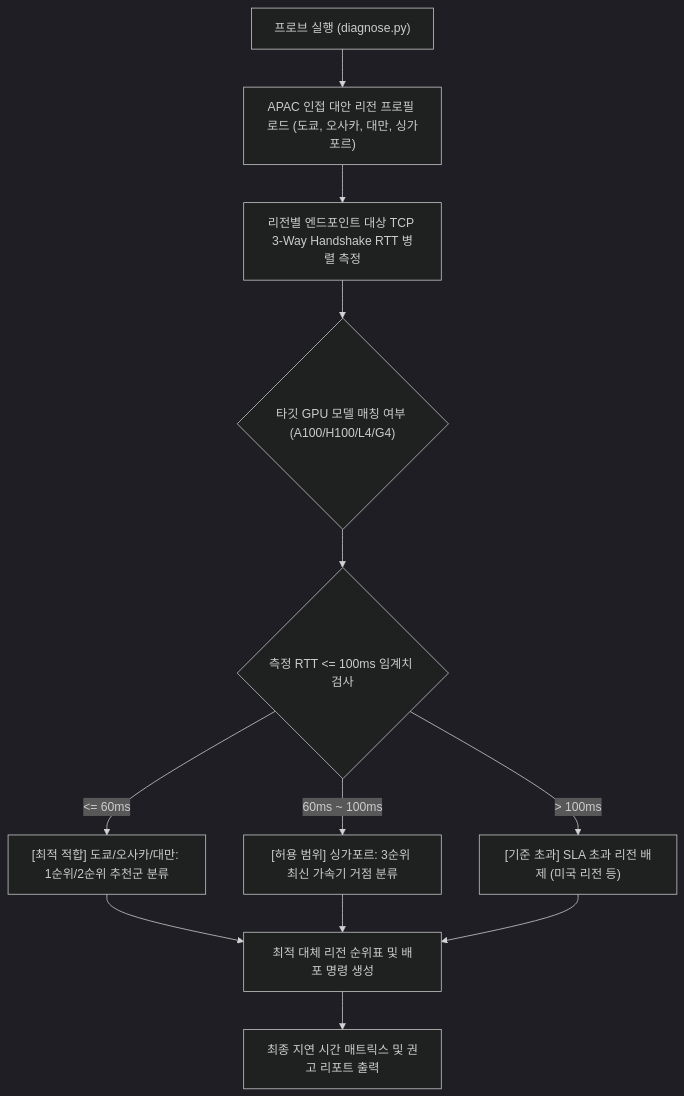
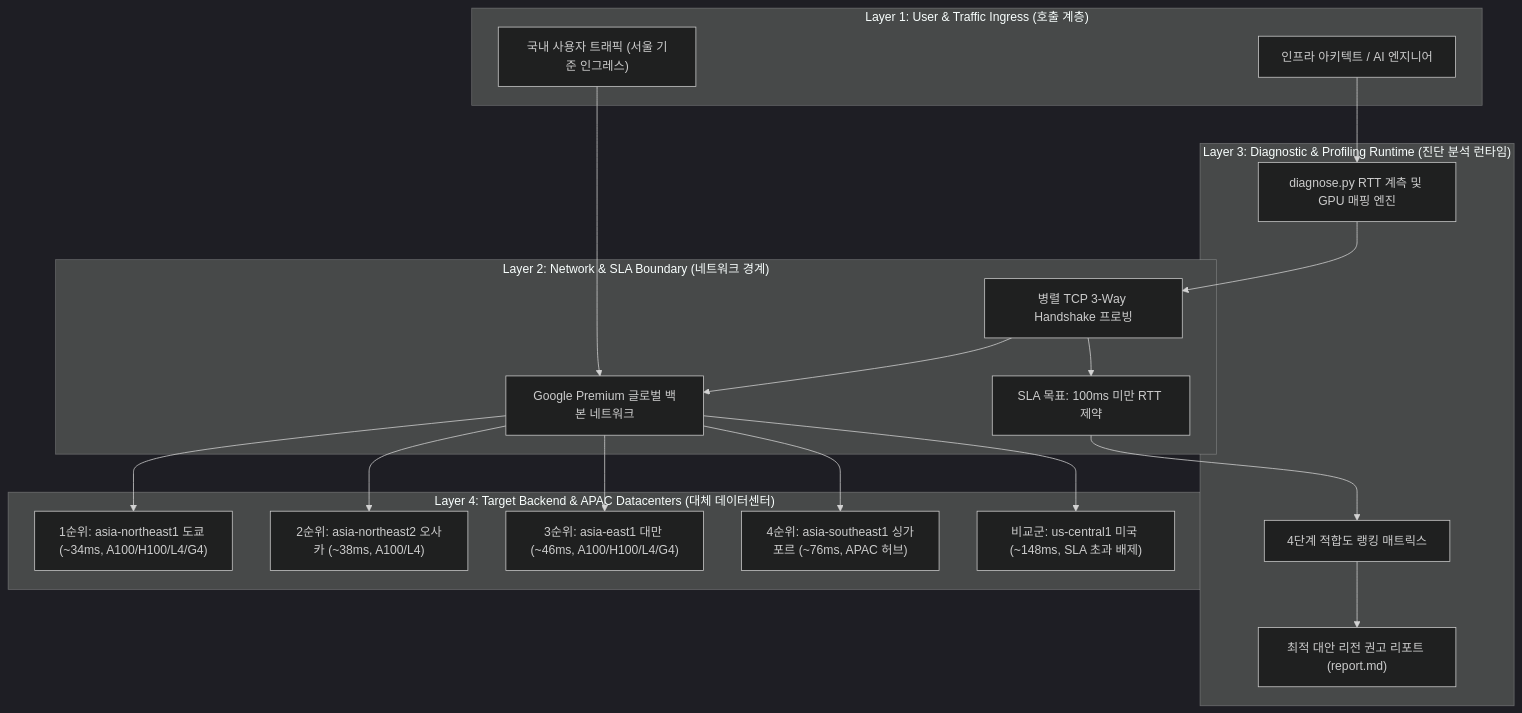
One commit to jiangjun-forge/google-cloud-0-to-1 changed the diagram in samples/gce-region-latency-probe/README.md. Above: the diagram before and after it, drawn with Mermaid (dark theme). The commit also changed other lines of this file and 94 other files, not shown here.

Commit message:
Standardize architecture specifications

````diff
--- a/samples/gce-region-latency-probe/README.md
+++ b/samples/gce-region-latency-probe/README.md
@@ -75,17 +75,40 @@
 ```mermaid
 flowchart TD
-    Start["프로브 실행 (diagnose.py)"] --> LoadProfiles["APAC 인접 대안 리전 프로필 로드 (도쿄, 오사카, 대만, 싱가포르)"]
-    LoadProfiles --> ParallelProbe["리전별 엔드포인트 대상 TCP 3-Way Handshake RTT 병렬 측정"]
-    
-    ParallelProbe --> FilterTargetGPU{"타깃 GPU 모델 매칭 여부 (A100/H100/L4/G4)"}
-    FilterTargetGPU --> CheckThreshold{"측정 RTT <= 100ms 임계치 검사"}
-    
-    CheckThreshold -->|"<= 60ms"| RankOptimal["[최적 적합] 도쿄/오사카/대만: 1순위/2순위 추천군 분류"]
-    CheckThreshold -->|"60ms ~ 100ms"| RankAcceptable["[허용 범위] 싱가포르: 3순위 최신 가속기 거점 분류"]
-    CheckThreshold -->|"> 100ms"| ExcludeUnsuitable["[기준 초과] SLA 초과 리전 배제 (미국 리전 등)"]
-    
-    RankOptimal --> GenerateRecommendation["최적 대체 리전 순위표 및 배포 명령 생성"]
-    RankAcceptable --> GenerateRecommendation
-    ExcludeUnsuitable --> GenerateRecommendation
-    GenerateRecommendation --> ReportSummary["최종 지연 시간 매트릭스 및 권고 리포트 출력"]
+    subgraph Layer1["Layer 1: User & Traffic Ingress (호출 계층)"]
+        SeoulUsers["국내 사용자 트래픽 (서울 기준 인그레스)"]
+        InfraOps["인프라 아키텍트 / AI 엔지니어"]
+    end
+
+    subgraph Layer2["Layer 2: Network & SLA Boundary (네트워크 경계)"]
+        LatencySLA["SLA 목표: 100ms 미만 RTT 제약"]
+        GoogleBackbone["Google Premium 글로벌 백본 네트워크"]
+        FastHandshake["병렬 TCP 3-Way Handshake 프로빙"]
+    end
+
+    subgraph Layer3["Layer 3: Diagnostic & Profiling Runtime (진단 분석 런타임)"]
+        ProbeEngine["diagnose.py RTT 계측 및 GPU 매핑 엔진"]
+        RankingMatrix["4단계 적합도 랭킹 매트릭스"]
+        ReportOutput["최적 대안 리전 권고 리포트 (report.md)"]
+    end
+
+    subgraph Layer4["Layer 4: Target Backend & APAC Datacenters (대체 데이터센터)"]
+        Tokyo["1순위: asia-northeast1 도쿄 (~34ms, A100/H100/L4/G4)"]
+        Osaka["2순위: asia-northeast2 오사카 (~38ms, A100/L4)"]
+        Taiwan["3순위: asia-east1 대만 (~46ms, A100/H100/L4/G4)"]
+        Singapore["4순위: asia-southeast1 싱가포르 (~76ms, APAC 허브)"]
+        Iowa["비교군: us-central1 미국 (~148ms, SLA 초과 배제)"]
+    end
+
+    SeoulUsers --> GoogleBackbone
+    InfraOps --> ProbeEngine
+    ProbeEngine --> FastHandshake
+    FastHandshake --> GoogleBackbone
+    GoogleBackbone --> Tokyo
+    GoogleBackbone --> Osaka
+    GoogleBackbone --> Taiwan
+    GoogleBackbone --> Singapore
+    GoogleBackbone --> Iowa
+    FastHandshake --> LatencySLA
+    LatencySLA --> RankingMatrix
+    RankingMatrix --> ReportOutput
 ```
````
